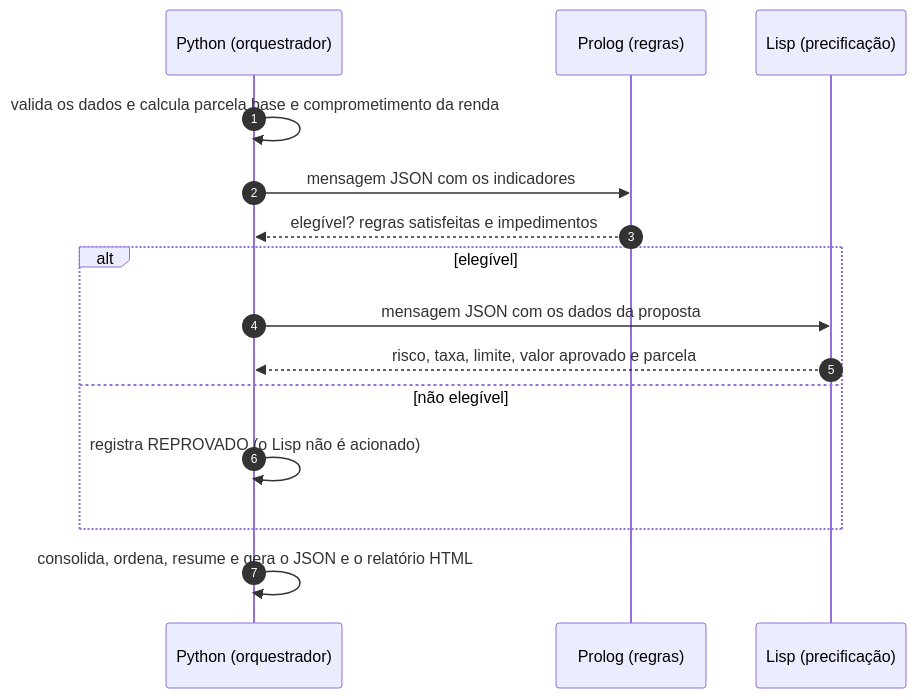
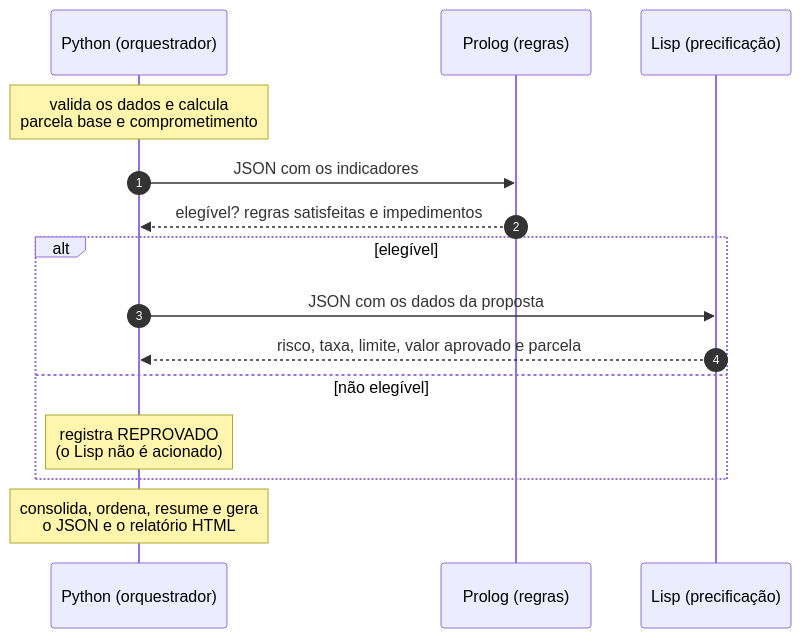
One commit to Sllvalitz/validacao-credito-multiparadigma changed the diagram in README.md. Above: the diagram before and after it, drawn with Mermaid.

Commit message:
docs: melhora a legibilidade do diagrama do README

````diff
--- a/README.md
+++ b/README.md
@@ -84,17 +84,17 @@
 ```mermaid
 sequenceDiagram
     autonumber
     participant P as Python (orquestrador)
     participant L as Prolog (regras)
     participant F as Lisp (precificação)
-    P->>P: valida os dados e calcula parcela base e comprometimento da renda
-    P->>L: mensagem JSON com os indicadores
+    Note over P: valida os dados e calcula<br/>parcela base e comprometimento
+    P->>L: JSON com os indicadores
     L-->>P: elegível? regras satisfeitas e impedimentos
     alt elegível
-        P->>F: mensagem JSON com os dados da proposta
+        P->>F: JSON com os dados da proposta
         F-->>P: risco, taxa, limite, valor aprovado e parcela
     else não elegível
-        P->>P: registra REPROVADO (o Lisp não é acionado)
+        Note over P: registra REPROVADO<br/>(o Lisp não é acionado)
     end
-    P->>P: consolida, ordena, resume e gera o JSON e o relatório HTML
+    Note over P: consolida, ordena, resume e gera<br/>o JSON e o relatório HTML
 ```
````
